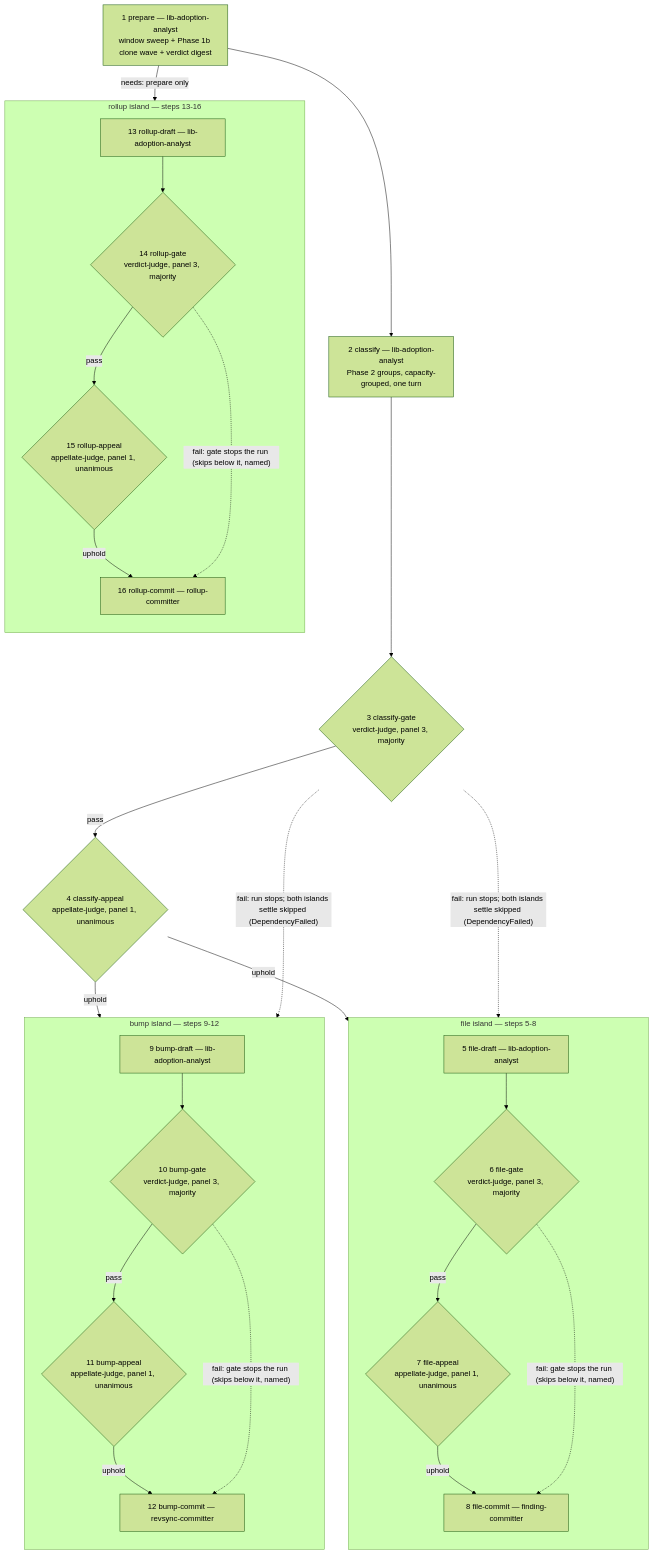
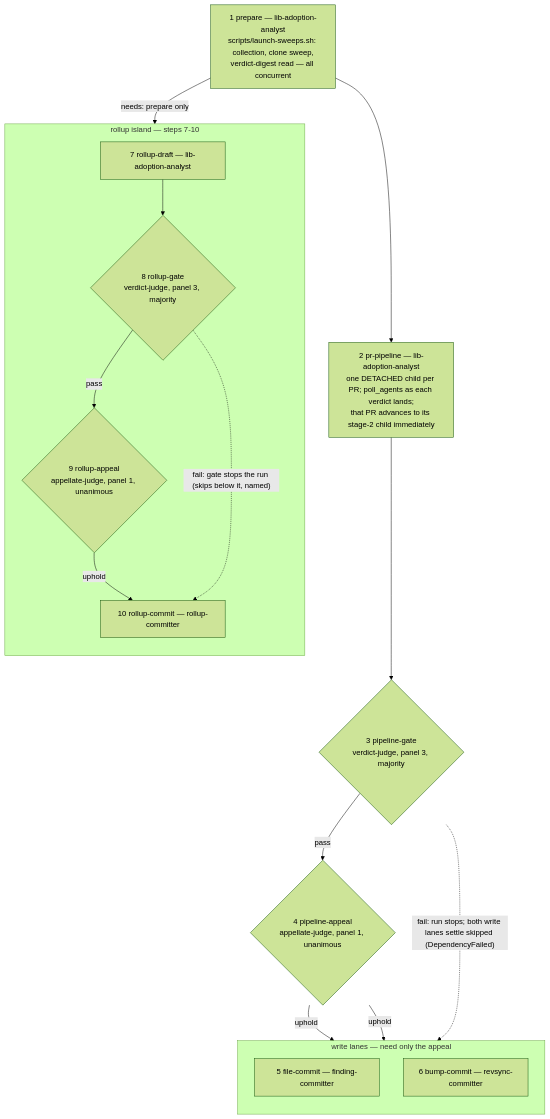
The tenth of 12 diagrams in docs/workflow-diagrams.md (ahmedhosnypro/craft-libs-adoption), drawn with Mermaid (forest theme) before and after one commit. The commit also changed other lines of this file and 3 other files, not shown here.

First line of the commit message:
docs(scan): the diagrams and AGENTS.md describe the per-PR architecture

````diff
--- a/docs/workflow-diagrams.md
+++ b/docs/workflow-diagrams.md
@@ -283,36 +291,25 @@
 ```mermaid
 flowchart TD
-    P["1 prepare — lib-adoption-analyst<br/>window sweep + Phase 1b clone wave + verdict digest"] --> C["2 classify — lib-adoption-analyst<br/>Phase 2 groups, capacity-grouped, one turn"]
-    C --> CG{"3 classify-gate<br/>verdict-judge, panel 3, majority"}
-    CG -->|pass| CA{"4 classify-appeal<br/>appellate-judge, panel 1, unanimous"}
+    P["1 prepare — lib-adoption-analyst<br/>scripts/launch-sweeps.sh: collection, clone sweep,<br/>verdict-digest read — all concurrent"] --> Q["2 pr-pipeline — lib-adoption-analyst<br/>one DETACHED child per PR; poll_agents as each verdict lands;<br/>that PR advances to its stage-2 child immediately"]
+    Q --> PG{"3 pipeline-gate<br/>verdict-judge, panel 3, majority"}
+    PG -->|pass| PA{"4 pipeline-appeal<br/>appellate-judge, panel 1, unanimous"}
 
-    subgraph file["file island — steps 5-8"]
+    subgraph writes["write lanes — need only the appeal"]
         direction TB
-        FD["5 file-draft — lib-adoption-analyst"] --> FG{"6 file-gate<br/>verdict-judge, panel 3, majority"}
-        FG -->|pass| FA{"7 file-appeal<br/>appellate-judge, panel 1, unanimous"}
-        FA -->|uphold| FC["8 file-commit — finding-committer"]
-        FG -.->|"fail: gate stops the run (skips below it, named)"| FC
+        FC["5 file-commit — finding-committer"]
+        BC["6 bump-commit — revsync-committer"]
     end
 
-    subgraph bump["bump island — steps 9-12"]
+    subgraph rollup["rollup island — steps 7-10"]
         direction TB
-        BD["9 bump-draft — lib-adoption-analyst"] --> BG{"10 bump-gate<br/>verdict-judge, panel 3, majority"}
-        BG -->|pass| BA{"11 bump-appeal<br/>appellate-judge, panel 1, unanimous"}
-        BA -->|uphold| BC["12 bump-commit — revsync-committer"]
-        BG -.->|"fail: gate stops the run (skips below it, named)"| BC
-    end
-
-    subgraph rollup["rollup island — steps 13-16"]
-        direction TB
-        RD["13 rollup-draft — lib-adoption-analyst"] --> RG{"14 rollup-gate<br/>verdict-judge, panel 3, majority"}
-        RG -->|pass| RA{"15 rollup-appeal<br/>appellate-judge, panel 1, unanimous"}
-        RA -->|uphold| RC["16 rollup-commit — rollup-committer"]
+        RD["7 rollup-draft — lib-adoption-analyst"] --> RG{"8 rollup-gate<br/>verdict-judge, panel 3, majority"}
+        RG -->|pass| RA{"9 rollup-appeal<br/>appellate-judge, panel 1, unanimous"}
+        RA -->|uphold| RC["10 rollup-commit — rollup-committer"]
         RG -.->|"fail: gate stops the run (skips below it, named)"| RC
     end
 
     P -->|"needs: prepare only"| RD
-    CA -->|uphold| FD
-    CA -->|uphold| BD
-    CG -.->|"fail: run stops; both islands settle skipped (DependencyFailed)"| FD
-    CG -.->|"fail: run stops; both islands settle skipped (DependencyFailed)"| BD
+    PA -->|uphold| FC
+    PA -->|uphold| BC
+    PG -.->|"fail: run stops; both write lanes settle skipped (DependencyFailed)"| FC
 ```
````
